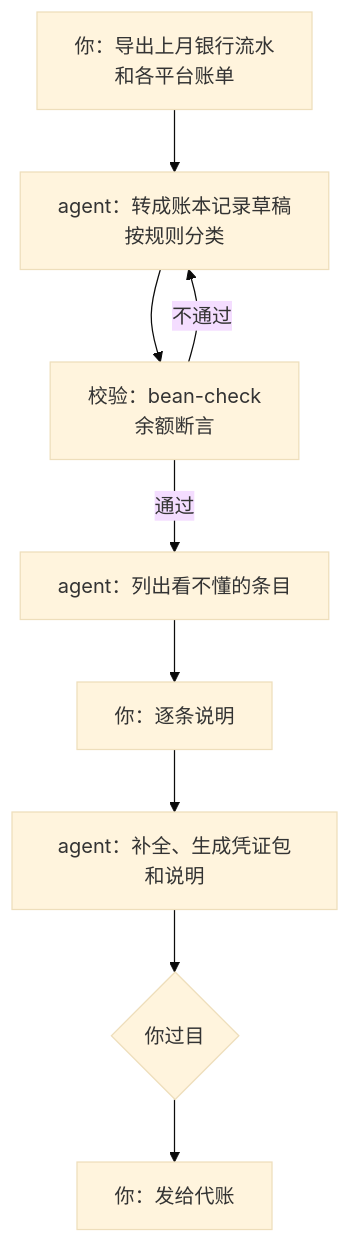
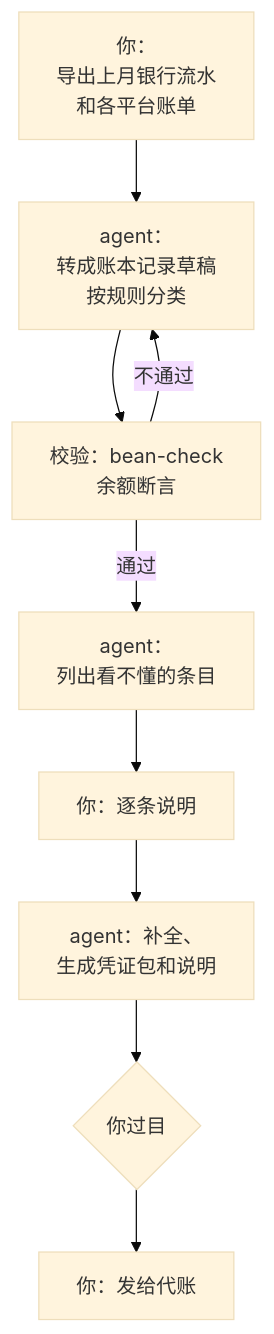
One commit to jarvis-pro/hatch-shelf changed the diagram in books/ai-native-opc/06-finance-admin.md. Above: the diagram before and after it, drawn with Mermaid (base theme). The commit also changed 432 other files, not shown here.

````diff
--- a/books/ai-native-opc/06-finance-admin.md
+++ b/books/ai-native-opc/06-finance-admin.md
@@ -44,11 +44,11 @@
 ```mermaid
 flowchart TD
-  A["你：导出上月银行流水<br/>和各平台账单"] --> B["agent：转成账本记录草稿<br/>按规则分类"]
+  A["你：<br/>导出上月银行流水<br/>和各平台账单"] --> B["agent：<br/>转成账本记录草稿<br/>按规则分类"]
   B --> C["校验：bean-check<br/>余额断言"]
   C -->|"不通过"| B
-  C -->|"通过"| D["agent：列出看不懂的条目"]
+  C -->|"通过"| D["agent：<br/>列出看不懂的条目"]
   D --> E["你：逐条说明"]
-  E --> F["agent：补全、生成凭证包和说明"]
+  E --> F["agent：补全、<br/>生成凭证包和说明"]
   F --> G{"你过目"}
   G --> H["你：发给代账"]
 ```
````
